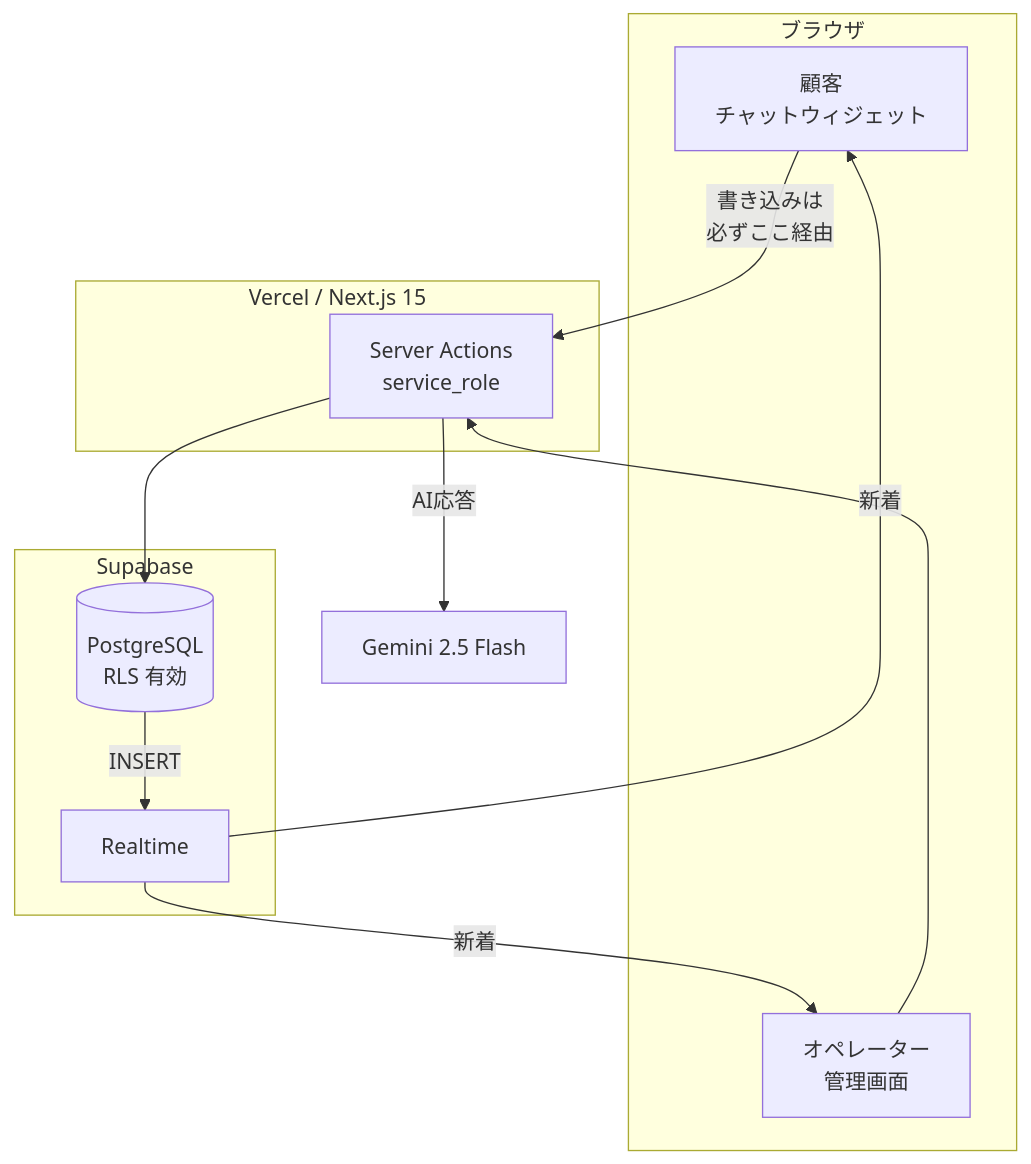
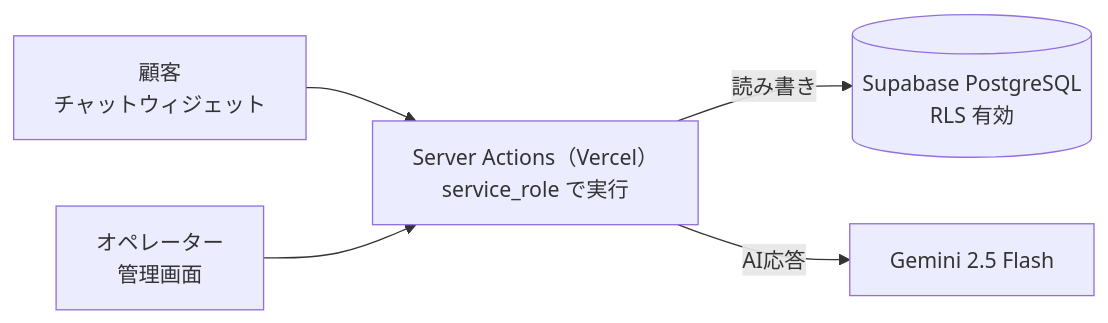
The first of 8 diagrams in docs/manual-developer.md (usako-ui/CS-chatbot-portfolio), drawn with Mermaid before and after one commit. The commit also changed other lines of this file, not shown here.

Commit message:
docs: システム構成図を往路と復路の2枚に分けて矢印の交差をなくす
1枚に押し込んだ結果、subgraph をまたぐ線が回り込み、
どこからどこへ向かう矢印なのか追えなくなっていた。

書き込み（ブラウザ → Server Action → DB / AI）と
反映（DB → Realtime → ブラウザ）は本来別方向の流れで、
1枚に描くと必ず循環して交差する。分けると
どちらも矢印が左から右へ一直線になり、交差がゼロになる。

分けたことで「書き込みも反映も一方通行で、
交わるのは Supabase の中だけ」という構造も読み取れる。

縦一本・横一本の案も実際に描画して比較したうえで選んだ。
高さも 869px から 459px（2枚合計）へ減った。
図の合計は 2951px -> 2541px。

````diff
--- a/docs/manual-developer.md
+++ b/docs/manual-developer.md
@@ -46,26 +48,7 @@
 ```mermaid
-flowchart TB
-  subgraph BR["ブラウザ"]
-    C["顧客<br/>チャットウィジェット"]
-    O["オペレーター<br/>管理画面"]
-  end
-
-  subgraph VC["Vercel / Next.js 15"]
-    SA["Server Actions<br/>service_role"]
-  end
-
-  subgraph SB["Supabase"]
-    DB[("PostgreSQL<br/>RLS 有効")]
-    RT["Realtime"]
-  end
-
-  GM["Gemini 2.5 Flash"]
-
-  C -->|"書き込みは<br/>必ずここ経由"| SA
-  O --> SA
-  SA --> DB
-  SA -->|"AI応答"| GM
-  DB -->|"INSERT"| RT
-  RT -->|"新着"| C
-  RT -->|"新着"| O
+flowchart LR
+    C["顧客<br/>チャットウィジェット"] --> SA["Server Actions（Vercel）<br/>service_role で実行"]
+    O["オペレーター<br/>管理画面"] --> SA
+    SA -->|"読み書き"| DB[("Supabase PostgreSQL<br/>RLS 有効")]
+    SA -->|"AI応答"| GM["Gemini 2.5 Flash"]
 ```
````
